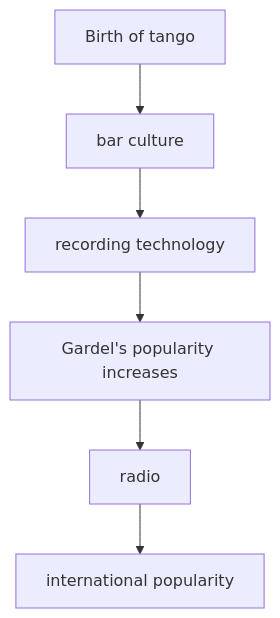
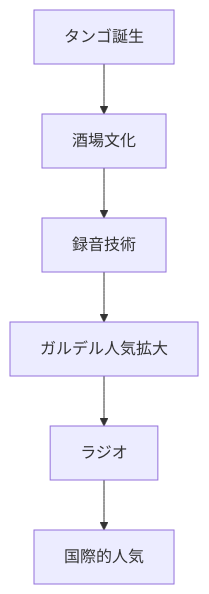
Before and after one commit to monumental-movement/monumental-movement.github.io: the third of 6 diagrams in en/_posts/2026-05-16-column-carlos-gardel.md, drawn with Mermaid. The commit also changed other lines of this file and 2196 other files, not shown here.

```diff
--- a/en/_posts/2026-05-16-column-carlos-gardel.md
+++ b/en/_posts/2026-05-16-column-carlos-gardel.md
@@ -145,8 +144,8 @@
 <div class="mermaid">
 flowchart TD
-A[Birth of tango] --> B[bar culture]
-B --> C[recording technology]
-C --> D[Gardel's popularity increases]
-D --> E[radio]
-E --> F[international popularity]
+A[タンゴ誕生] --> B[酒場文化]
+B --> C[録音技術]
+C --> D[ガルデル人気拡大]
+D --> E[ラジオ]
+E --> F[国際的人気]
 </div>
```
